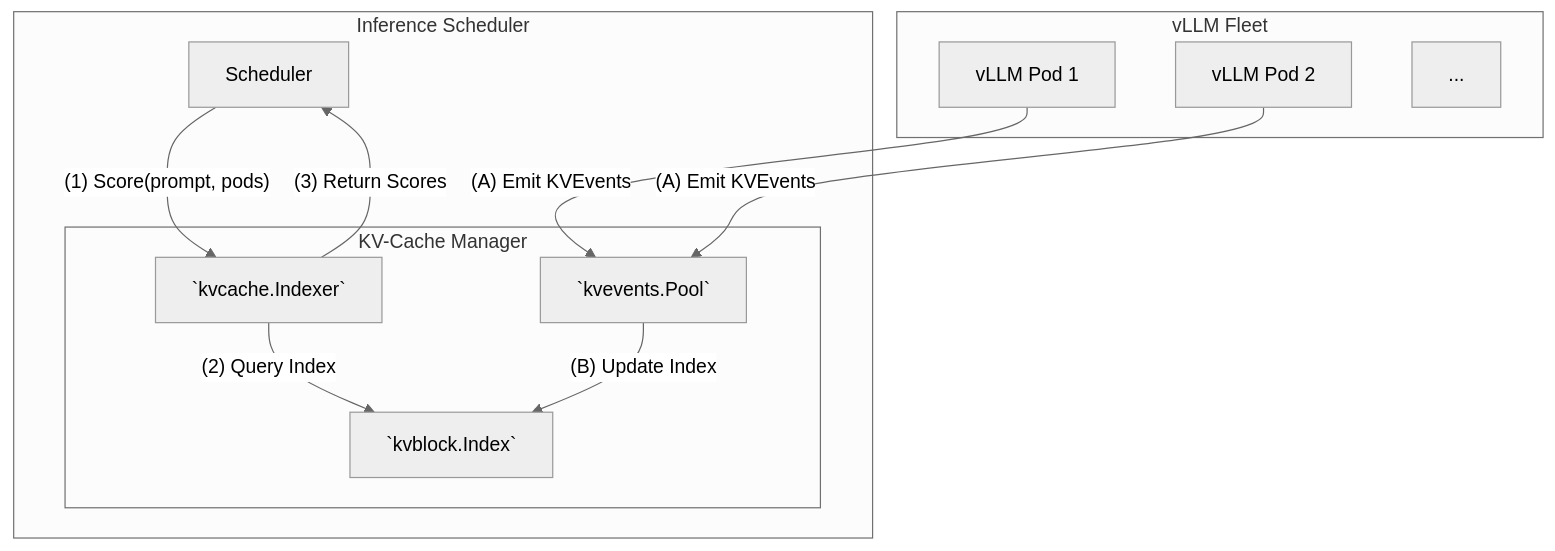
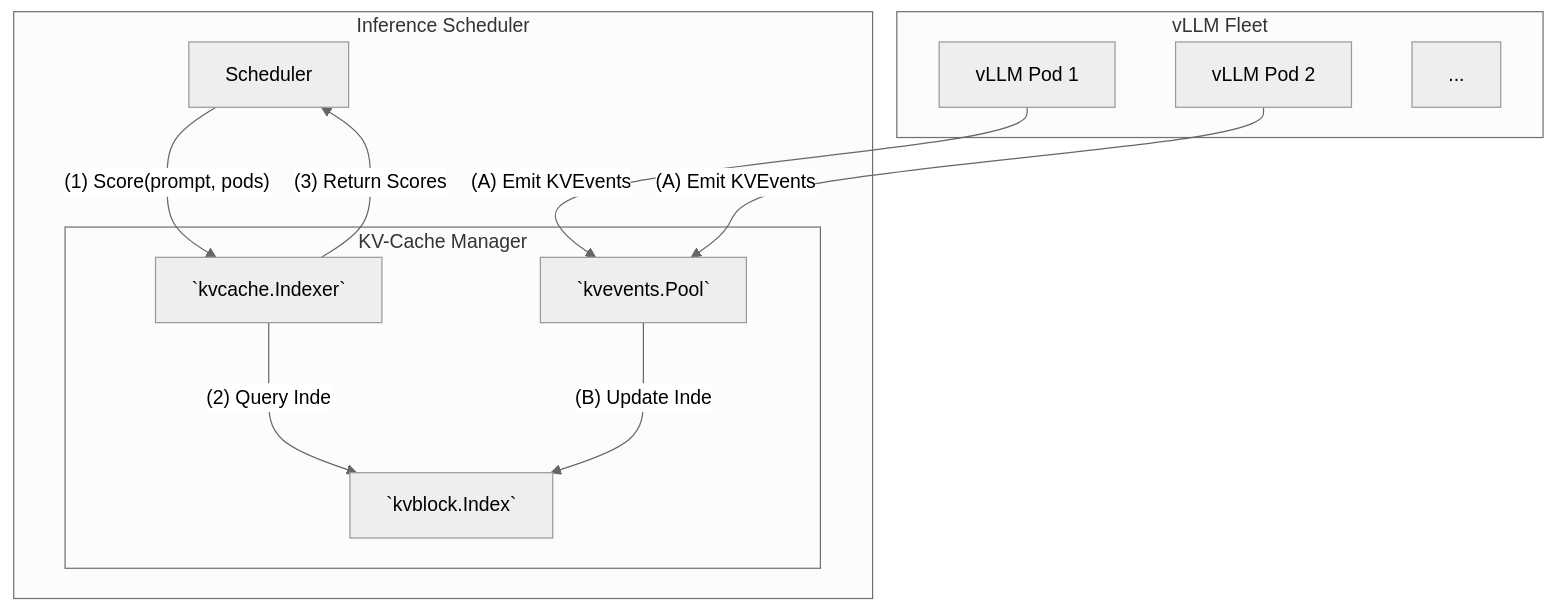
Before and after one commit to llm-d/llm-d-kv-cache-manager: the diagram in README.md, drawn with Mermaid (neutral theme).

````diff
--- a/README.md
+++ b/README.md
@@ -32,26 +32,26 @@
 ```mermaid
 graph TD
     subgraph "Inference Scheduler"
         A[Scheduler]
 
         subgraph "KV-Cache Manager"
             B[`kvcache.Indexer`]
             C[`kvblock.Index`]
             D[`kvevents.Pool`]
         end
     end
 
     subgraph "vLLM Fleet"
         E[vLLM Pod 1]
         F[vLLM Pod 2]
         G[...]
     end
 
-    A--"(1) Score(prompt, pods)"-->B
-    B--"(2) Query Index"-->C
-    B--"(3) Return Scores"-->A
+    A--(1) Score(prompt, pods)-->B
+    B--(2) Query Index-->C
+    B--(3) Return Scores-->A
     
-    E--"(A) Emit KVEvents"-->D
-    F--"(A) Emit KVEvents"-->D
-    D--"(B) Update Index"-->C
+    E--(A) Emit KVEvents-->D
+    F--(A) Emit KVEvents-->D
+    D--(B) Update Index-->C
 ```
````
